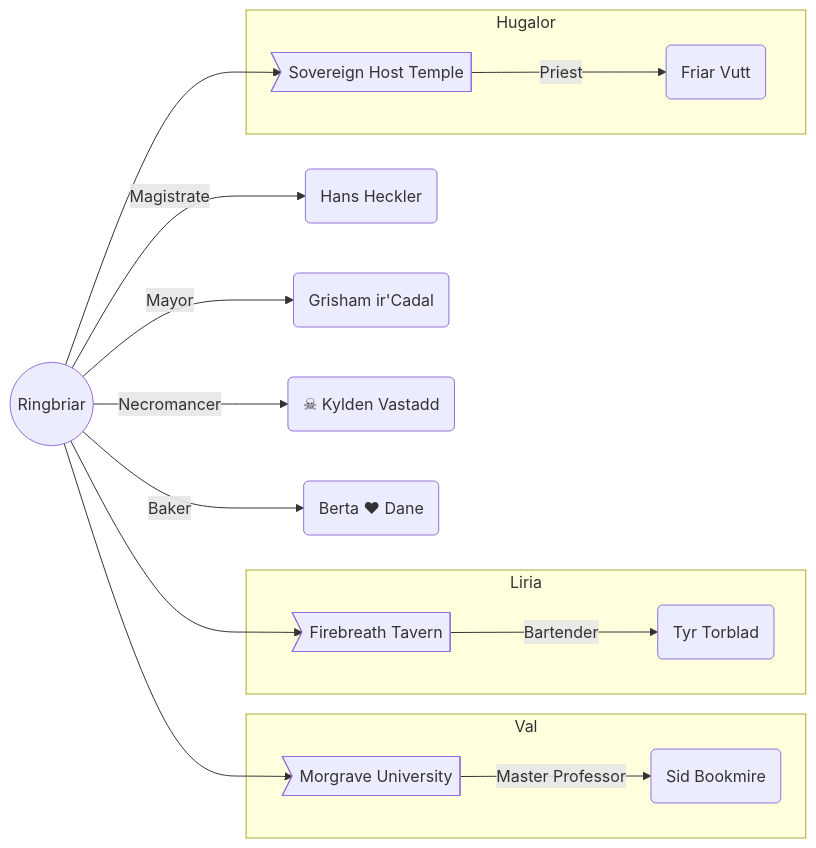
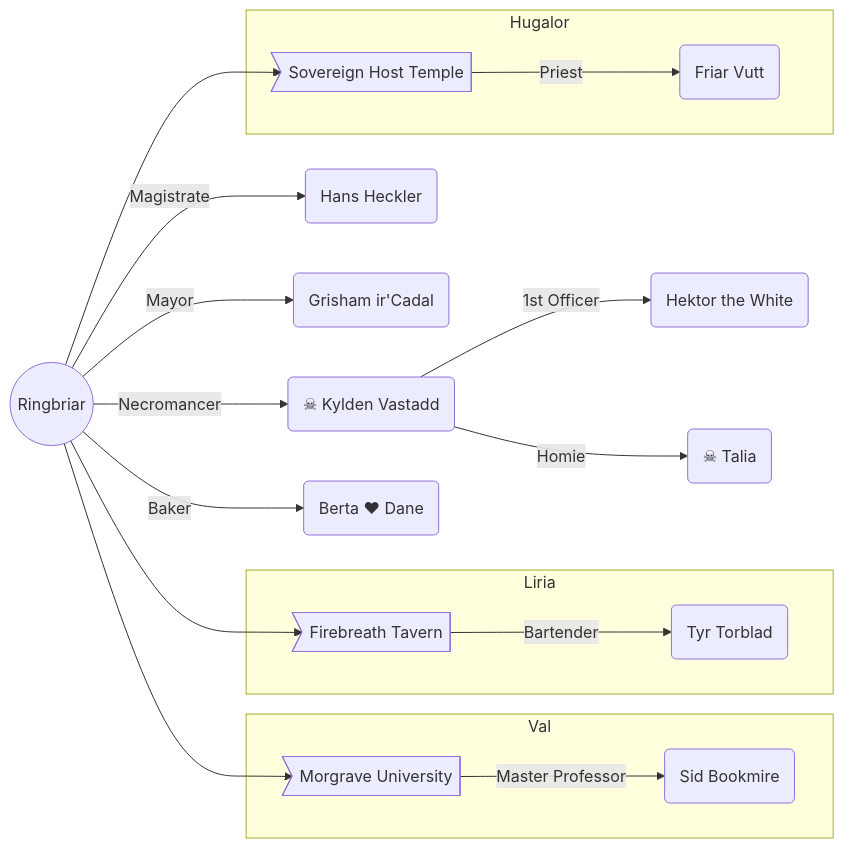
Before and after one commit to DiscoverTec/anExperiment: the diagram in markdown/places/ringbriar.md, drawn with Mermaid.

Commit message:
Added kylden relationships to hecktor and talia

````diff
--- a/markdown/places/ringbriar.md
+++ b/markdown/places/ringbriar.md
@@ -11,20 +11,22 @@
 ```mermaid
 flowchart LR;
     Ringbriar((Ringbriar)) --> |Magistrate| Hans(Hans Heckler);
     Ringbriar --> |Mayor| Grisham(Grisham ir'Cadal);
     Ringbriar --> University>Morgrave University];
     Ringbriar --> Tavern>Firebreath Tavern];
     Ringbriar --> Temple>Sovereign Host Temple];
     Ringbriar --> |Necromancer| Kylden("#9760; Kylden Vastadd");
     Ringbriar --> |Baker| Berta("Berta #9829; Dane");
+    Kylden --> |1st Officer| hektor("Hektor the White")
+    Kylden --> |Homie| Talia("#9760; Talia")
     subgraph Val;
     University --> |Master Professor| Sid(Sid Bookmire);
     end;
     subgraph Liria;
     Tavern --> |Bartender| Tyr(Tyr Torblad);
     end;
     subgraph Hugalor;
     Temple --> |Priest| Vutt(Friar Vutt);
     end;
     click Sid "/characters/valystrix"
 ```
````
